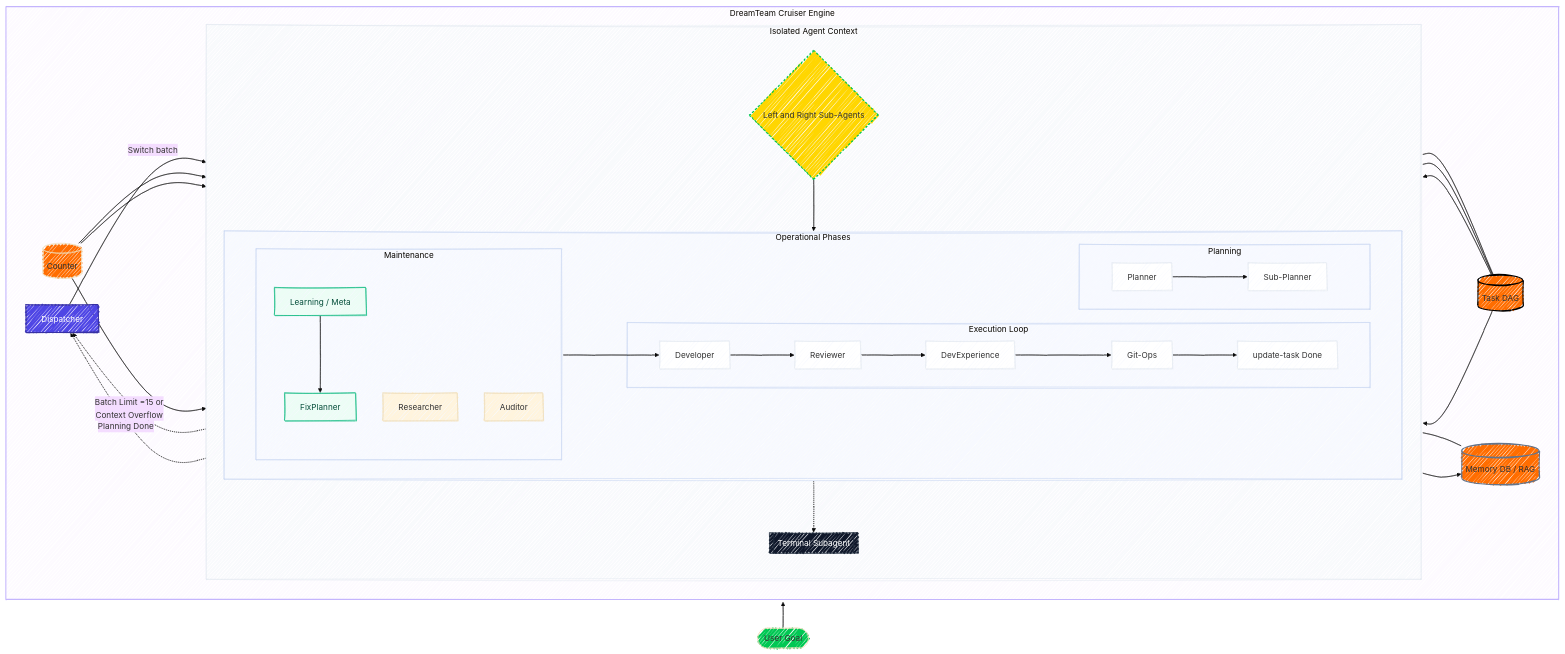
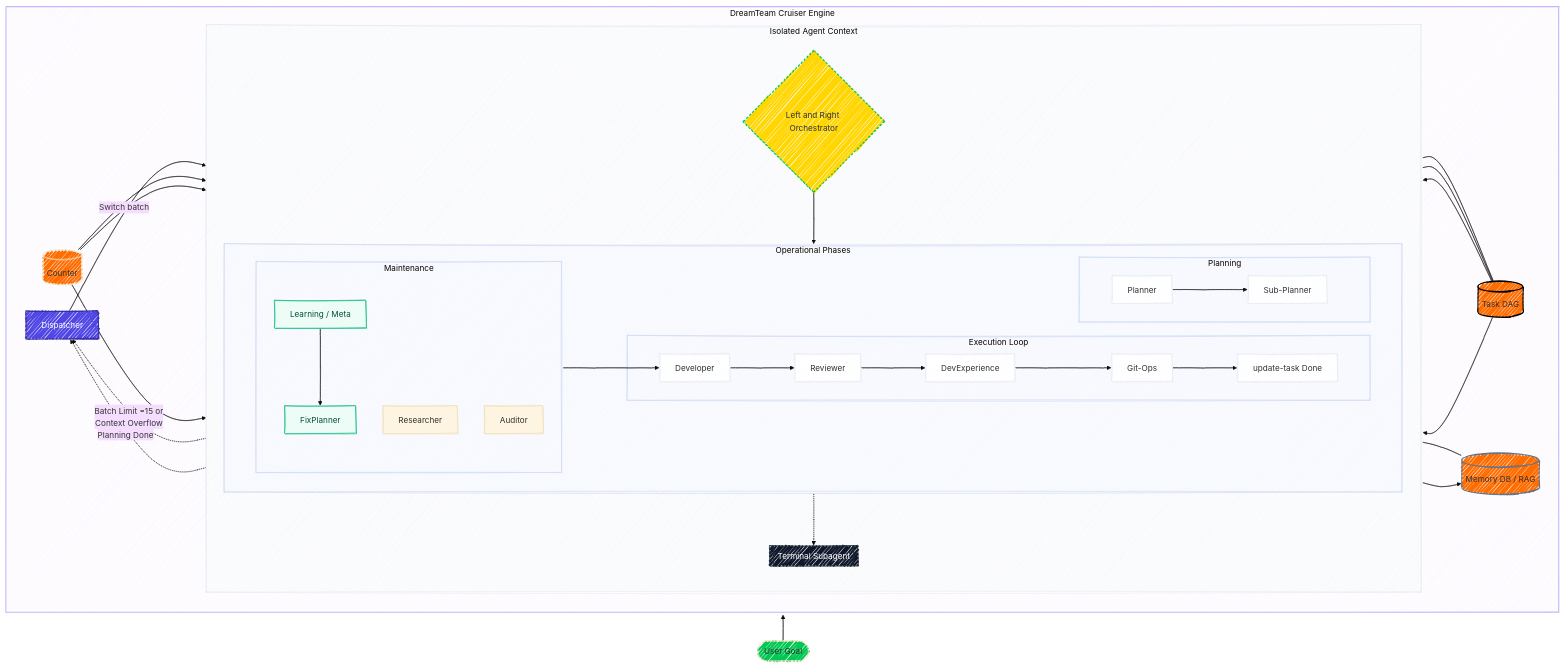
Before and after one commit to budagov-lab/DreamTeam: the diagram in README.md, drawn with Mermaid (base theme).

```diff
--- a/README.md
+++ b/README.md
@@ -64,7 +64,7 @@
  subgraph Context["Isolated Agent Context"]
     direction TB
         Ops
-        LR_Agent{"Left and Right Sub-Agents"}
+        LR_Agent{"Left and Right Orchestrator"}
         Term[["Terminal Subagent"]]
   end
  subgraph Engine["DreamTeam Cruiser Engine"]
```
